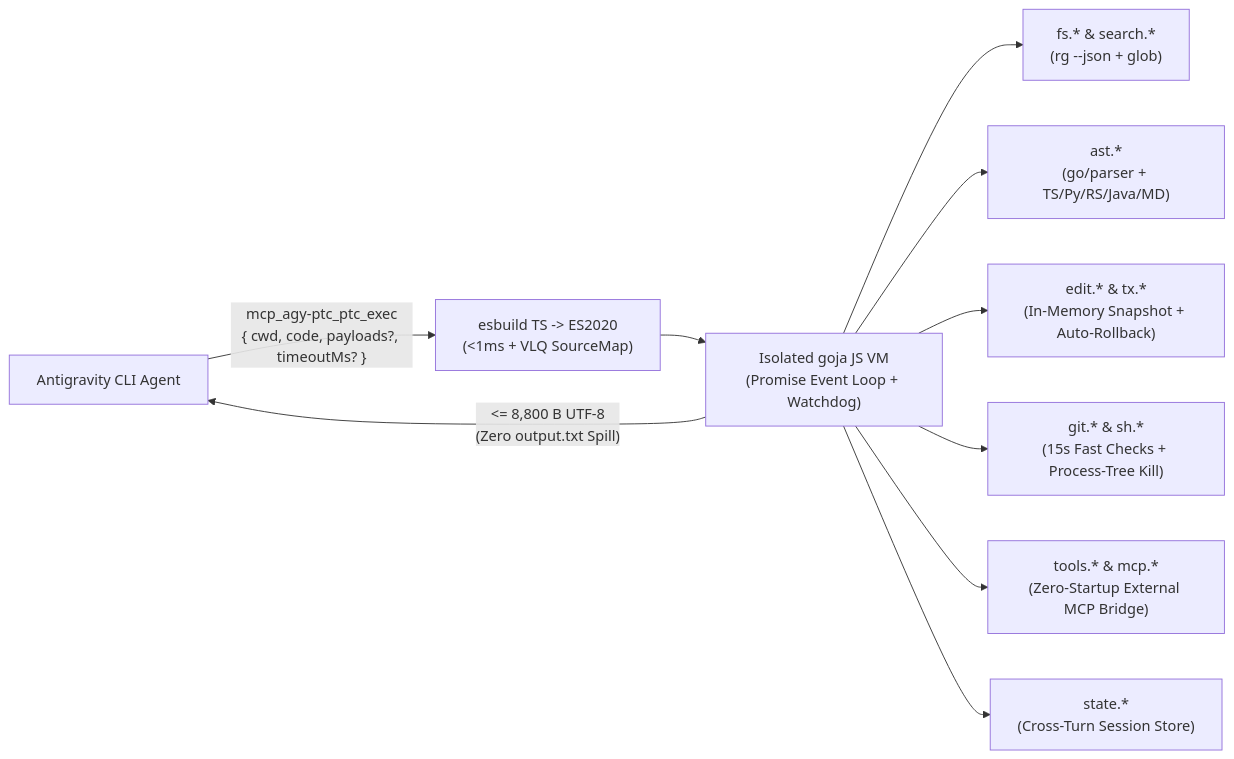
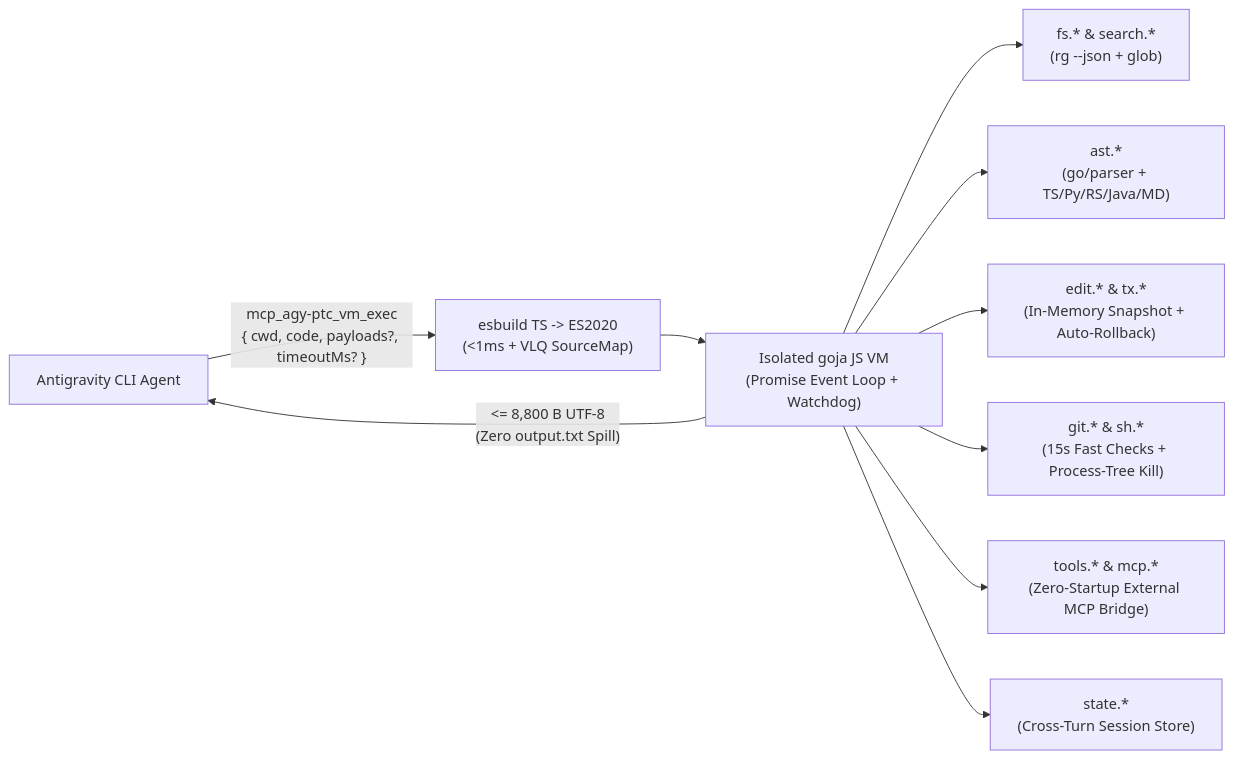
One commit to Aliothmoon/agy-ptc changed the diagram in README.md. Above: the diagram before and after it, drawn with Mermaid. The commit also changed other lines of this file and 9 other files, not shown here.

Commit message:
refactor: rename MCP server key from ptc to vm (mcp_agy-ptc_vm_exec)

````diff
--- a/README.md
+++ b/README.md
@@ -32,12 +32,12 @@
 ```mermaid
 flowchart LR
-    Agent["Antigravity CLI Agent"] -->|"mcp_agy-ptc_ptc_exec\n{ cwd, code, payloads?, timeoutMs? }"| Compiler["esbuild TS -> ES2020\n(<1ms + VLQ SourceMap)"]
+    Agent["Antigravity CLI Agent"] -->|"mcp_agy-ptc_vm_exec\n{ cwd, code, payloads?, timeoutMs? }"| Compiler["esbuild TS -> ES2020\n(<1ms + VLQ SourceMap)"]
     Compiler --> VM["Isolated goja JS VM\n(Promise Event Loop + Watchdog)"]
     VM --> FS["fs.* & search.*\n(rg --json + glob)"]
     VM --> AST["ast.*\n(go/parser + TS/Py/RS/Java/MD)"]
     VM --> TX["edit.* & tx.*\n(In-Memory Snapshot + Auto-Rollback)"]
     VM --> SH["git.* & sh.*\n(15s Fast Checks + Process-Tree Kill)"]
     VM --> MCP["tools.* & mcp.*\n(Zero-Startup External MCP Bridge)"]
     VM --> ST["state.*\n(Cross-Turn Session Store)"]
     VM -->|"<= 8,800 B UTF-8\n(Zero output.txt Spill)"| Agent
 ```
````
